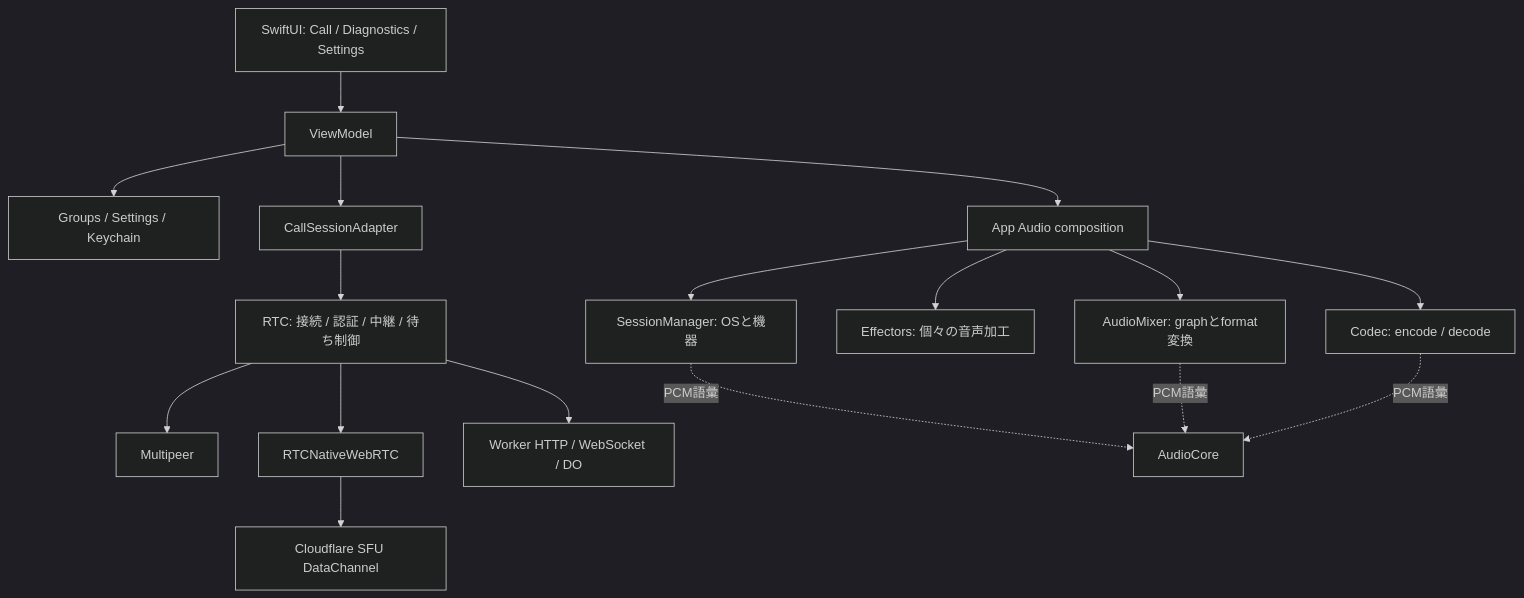
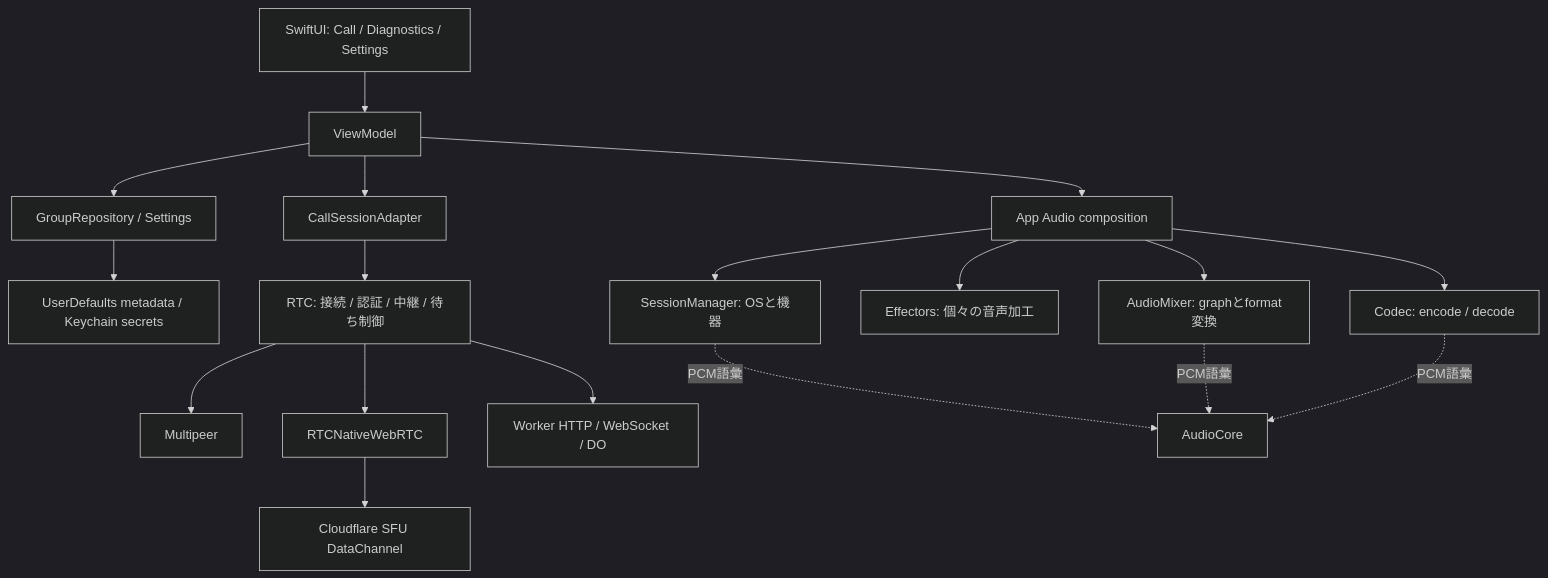
One commit to eroccowaruico/RideIntercom changed the first of 2 diagrams in docs/spec/アーキテクチャ.md. Above: the diagram before and after it, drawn with Mermaid (dark theme). The commit also changed other lines of this file and 28 other files, not shown here.

````diff
--- a/docs/spec/アーキテクチャ.md
+++ b/docs/spec/アーキテクチャ.md
@@ -21,19 +21,20 @@
 ```mermaid
 flowchart TD
     UI[SwiftUI: Call / Diagnostics / Settings] --> VM[ViewModel]
-    VM --> State[Groups / Settings / Keychain]
+    VM --> State[GroupRepository / Settings]
+    State --> Stores[UserDefaults metadata / Keychain secrets]
     VM --> Audio[App Audio composition]
     VM --> Transport[CallSessionAdapter]
     Audio --> Session[SessionManager: OSと機器]
     Audio --> Mixer[AudioMixer: graphとformat変換]
     Audio --> FX[Effectors: 個々の音声加工]
     Audio --> Codec[Codec: encode / decode]
     Transport --> RTC[RTC: 接続 / 認証 / 中継 / 待ち制御]
     RTC --> Local[Multipeer]
     RTC --> Native[RTCNativeWebRTC]
     Native --> SFU[Cloudflare SFU DataChannel]
     RTC --> Worker[Worker HTTP / WebSocket / DO]
     Session -. PCM語彙 .-> Core[AudioCore]
     Mixer -. PCM語彙 .-> Core
     Codec -. PCM語彙 .-> Core
 ```
````
